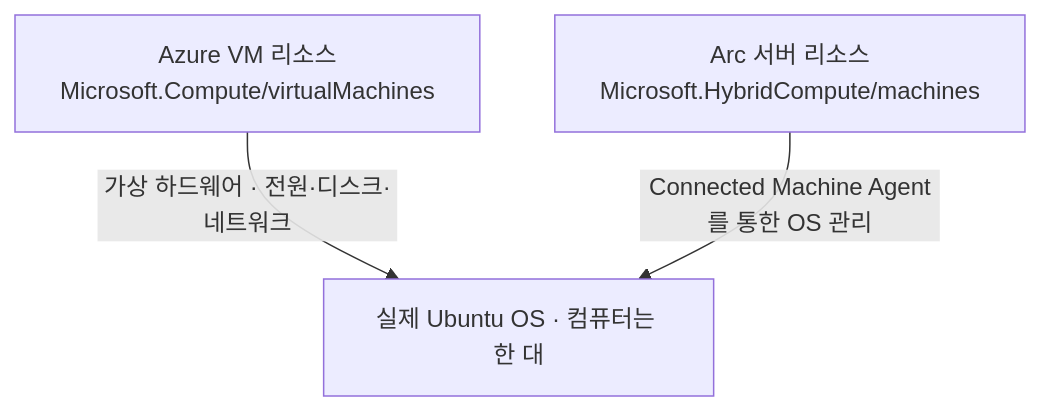
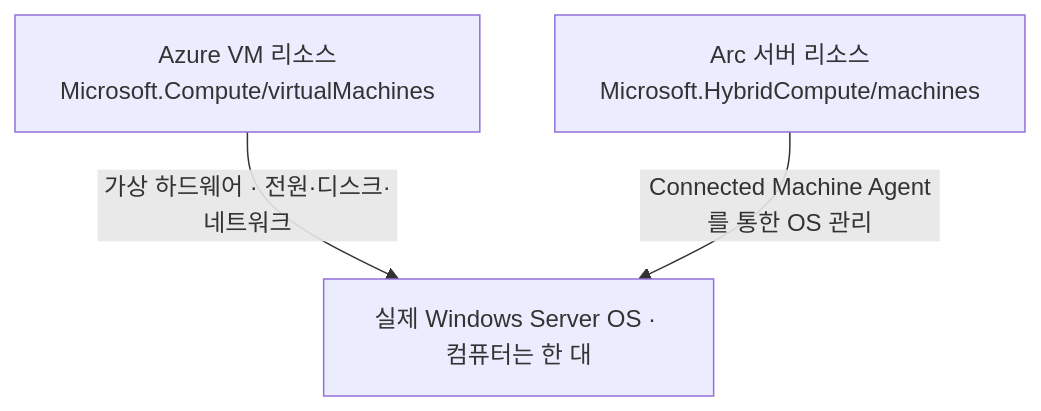
One commit to freeman9844/arc-test-001 changed the diagram in docs/00-azure-arc-basics.md. Above: the diagram before and after it, drawn with Mermaid. The commit also changed other lines of this file and 4 other files, not shown here.

First line of the commit message:
docs: switch Azure Arc lab to Windows Server

````diff
--- a/docs/00-azure-arc-basics.md
+++ b/docs/00-azure-arc-basics.md
@@ -65,8 +65,8 @@
 ```mermaid
 flowchart TB
-  OS["실제 Ubuntu OS · 컴퓨터는 한 대"]
+  OS["실제 Windows Server OS · 컴퓨터는 한 대"]
   COMPUTE["Azure VM 리소스<br/>Microsoft.Compute/virtualMachines"]
   ARC["Arc 서버 리소스<br/>Microsoft.HybridCompute/machines"]
   COMPUTE -->|"가상 하드웨어 · 전원·디스크·네트워크"| OS
   ARC -->|"Connected Machine Agent를 통한 OS 관리"| OS
 ```
````
